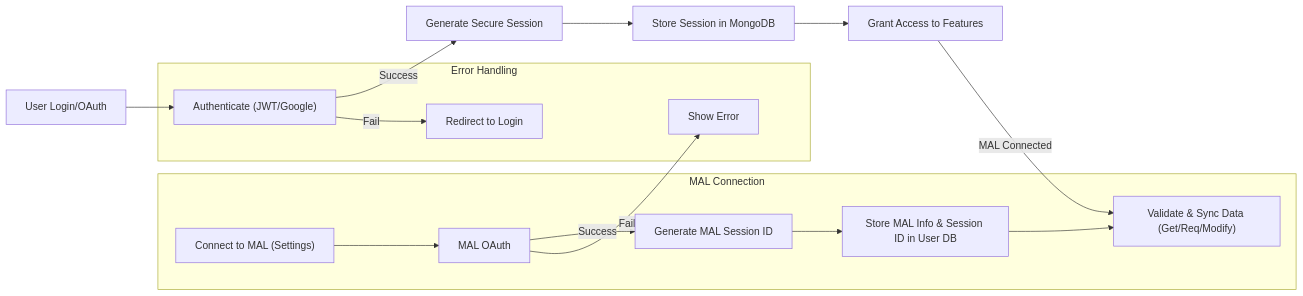
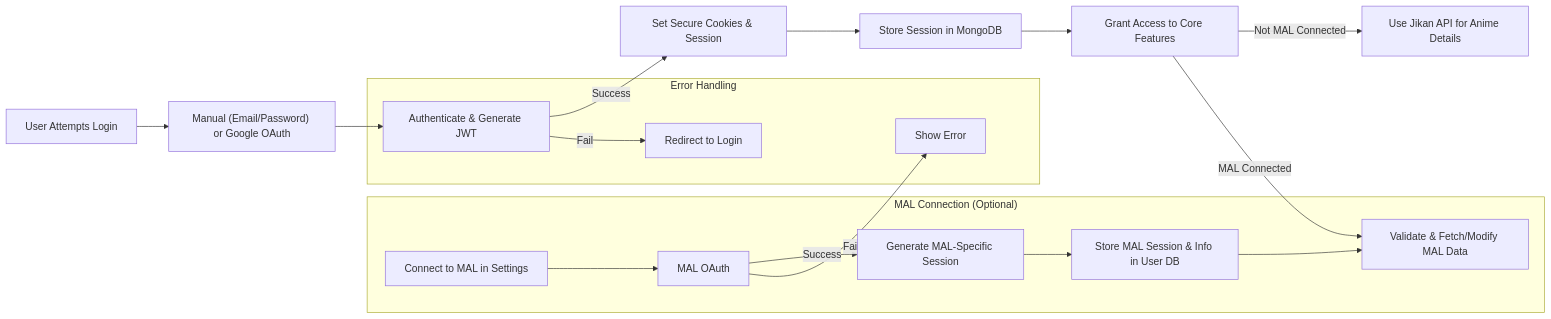
The second of 6 diagrams in README.md (AnimePub/AniPub), drawn with Mermaid before and after one commit. The commit also changed other lines of this file, not shown here.

````diff
--- a/README.md
+++ b/README.md
@@ -107,18 +113,20 @@
 ```mermaid
 flowchart LR
-    Start["User Login/OAuth"] --> Auth["Authenticate (JWT/Google)"]
-    Auth -->|Success| Session["Generate Secure Session"]
+    Start["User Attempts Login"] --> Method["Manual (Email/Password) or Google OAuth"]
+    Method --> Auth["Authenticate & Generate JWT"]
+    Auth -->|Success| Session["Set Secure Cookies & Session"]
     Session --> DB["Store Session in MongoDB"]
-    DB --> App["Grant Access to Features"]
-    subgraph "MAL Connection"
-        Connect["Connect to MAL (Settings)"] --> MALAuth["MAL OAuth"]
-        MALAuth -->|Success| MALSession["Generate MAL Session ID"]
-        MALSession --> DBStore["Store MAL Info & Session ID in User DB"]
-        DBStore --> Sync["Validate & Sync Data (Get/Req/Modify)"]
+    DB --> App["Grant Access to Core Features"]
+    subgraph "MAL Connection (Optional)"
+        Connect["Connect to MAL in Settings"] --> MALAuth["MAL OAuth"]
+        MALAuth -->|Success| MALSession["Generate MAL-Specific Session"]
+        MALSession --> DBStore["Store MAL Session & Info in User DB"]
+        DBStore --> MALSync["Validate & Fetch/Modify MAL Data"]
     end
-    App -->|MAL Connected| Sync
+    App -->|MAL Connected| MALSync
+    App -->|Not MAL Connected| Jikan["Use Jikan API for Anime Details"]
     subgraph "Error Handling"
         Auth -->|Fail| Redirect["Redirect to Login"]
         MALAuth -->|Fail| Error["Show Error"]
     end
 ```
````
